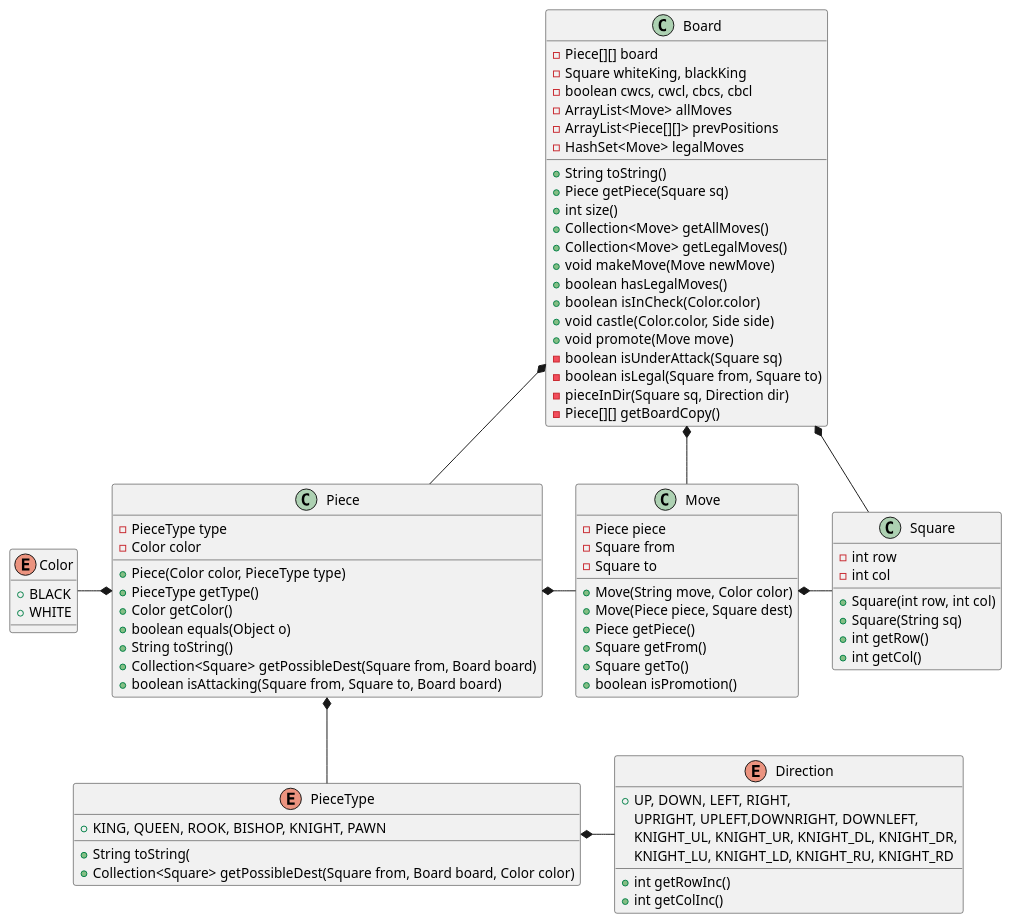
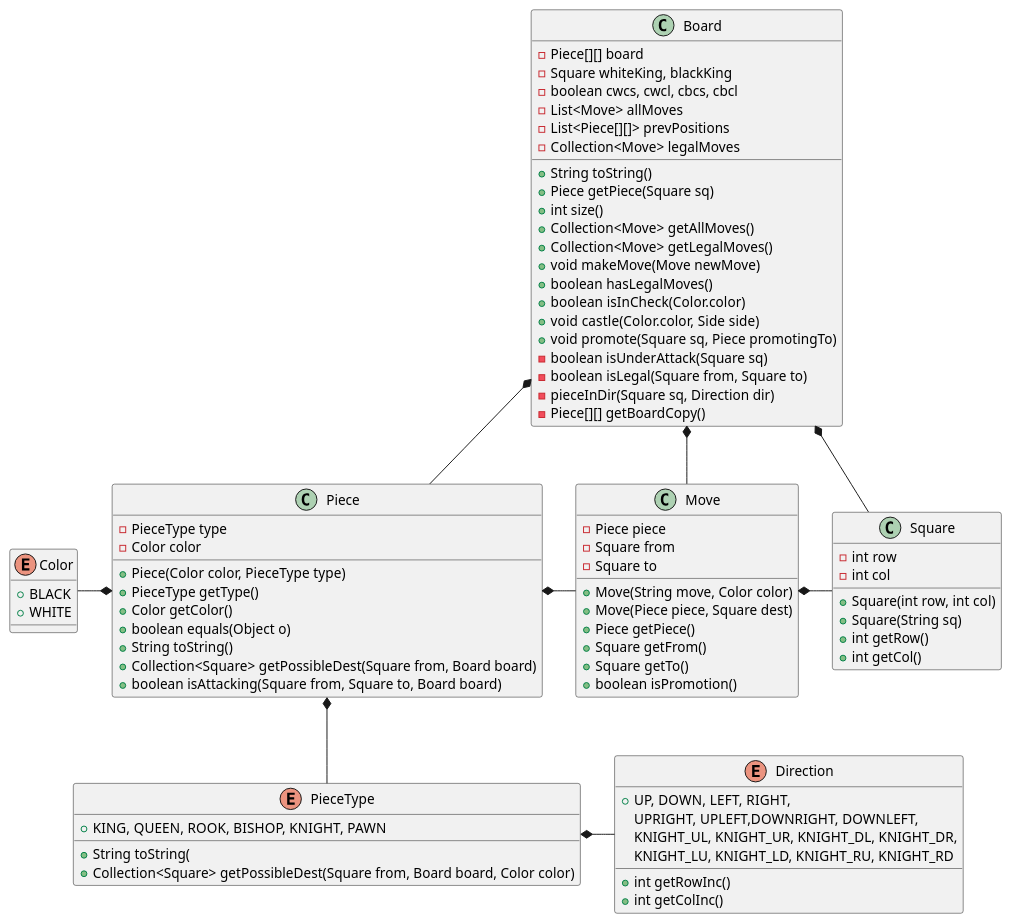
The diagram in src/Chess/utils/Chess_diagram.puml (rodrihern/POO-ITBA), drawn with PlantUML before and after one commit. The commit also changed 2 other files, not shown here.

Commit message:
updated chess diagram

```diff
--- a/src/Chess/utils/Chess_diagram.puml
+++ b/src/Chess/utils/Chess_diagram.puml
@@ -1,90 +1,90 @@
 @startuml
 
 
 class Board {
     -Piece[][] board
     -Square whiteKing, blackKing
     -boolean cwcs, cwcl, cbcs, cbcl
-    -ArrayList<Move> allMoves
-    -ArrayList<Piece[][]> prevPositions
-    -HashSet<Move> legalMoves
+    -List<Move> allMoves
+    -List<Piece[][]> prevPositions
+    -Collection<Move> legalMoves
     +String toString()
     +Piece getPiece(Square sq)
     +int size()
     +Collection<Move> getAllMoves()
     +Collection<Move> getLegalMoves()
     +void makeMove(Move newMove)
     +boolean hasLegalMoves()
     +boolean isInCheck(Color.color)
     +void castle(Color.color, Side side)
-    +void promote(Move move)
+    +void promote(Square sq, Piece promotingTo)
     -boolean isUnderAttack(Square sq)
     -boolean isLegal(Square from, Square to)
     -pieceInDir(Square sq, Direction dir)
     -Piece[][] getBoardCopy()
 
 }
 
 class Piece {
     -PieceType type
     -Color color
     +Piece(Color color, PieceType type)
     +PieceType getType()
     +Color getColor()
     +boolean equals(Object o)
     +String toString()
     +Collection<Square> getPossibleDest(Square from, Board board)
     +boolean isAttacking(Square from, Square to, Board board)
 }
 
 class Move {
     -Piece piece
     -Square from
     -Square to
     +Move(String move, Color color)
     +Move(Piece piece, Square dest)
     +Piece getPiece()
     +Square getFrom()
     +Square getTo()
     +boolean isPromotion()
 }
 
 class Square {
     -int row
     -int col
     +Square(int row, int col)
     +Square(String sq)
     +int getRow()
     +int getCol()
 }
 
 enum Color {
     +BLACK
     +WHITE
 }
 
 enum Direction {
     +UP, DOWN, LEFT, RIGHT,
     UPRIGHT, UPLEFT,DOWNRIGHT, DOWNLEFT,
     KNIGHT_UL, KNIGHT_UR, KNIGHT_DL, KNIGHT_DR,
     KNIGHT_LU, KNIGHT_LD, KNIGHT_RU, KNIGHT_RD
     +int getRowInc()
     +int getColInc()
 }
 
 enum PieceType {
     +KING, QUEEN, ROOK, BISHOP, KNIGHT, PAWN
     +String toString(
     +Collection<Square> getPossibleDest(Square from, Board board, Color color)
 }
 
 Board *- Move
 Board *-- Square
 Move *- Square
 Piece *- Move
 Board *-- Piece
 Piece *-- PieceType
 PieceType *- Direction
 Color -* Piece
 
 @enduml
```
